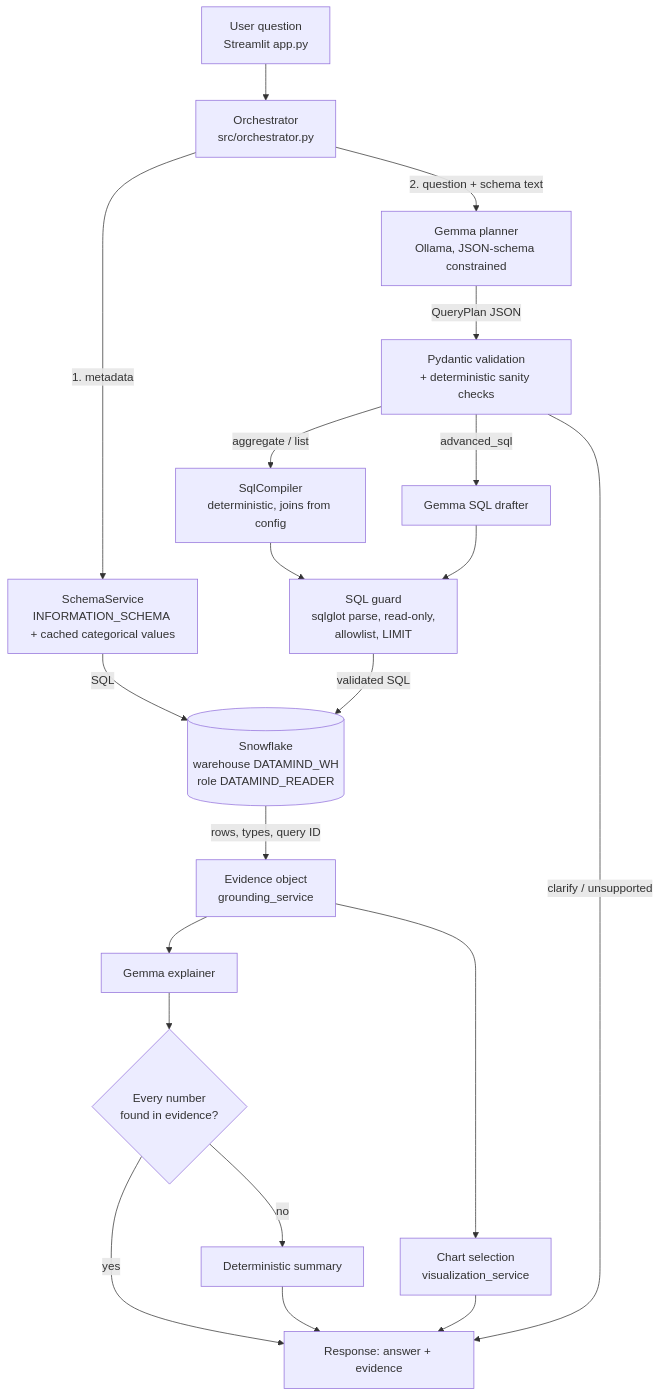
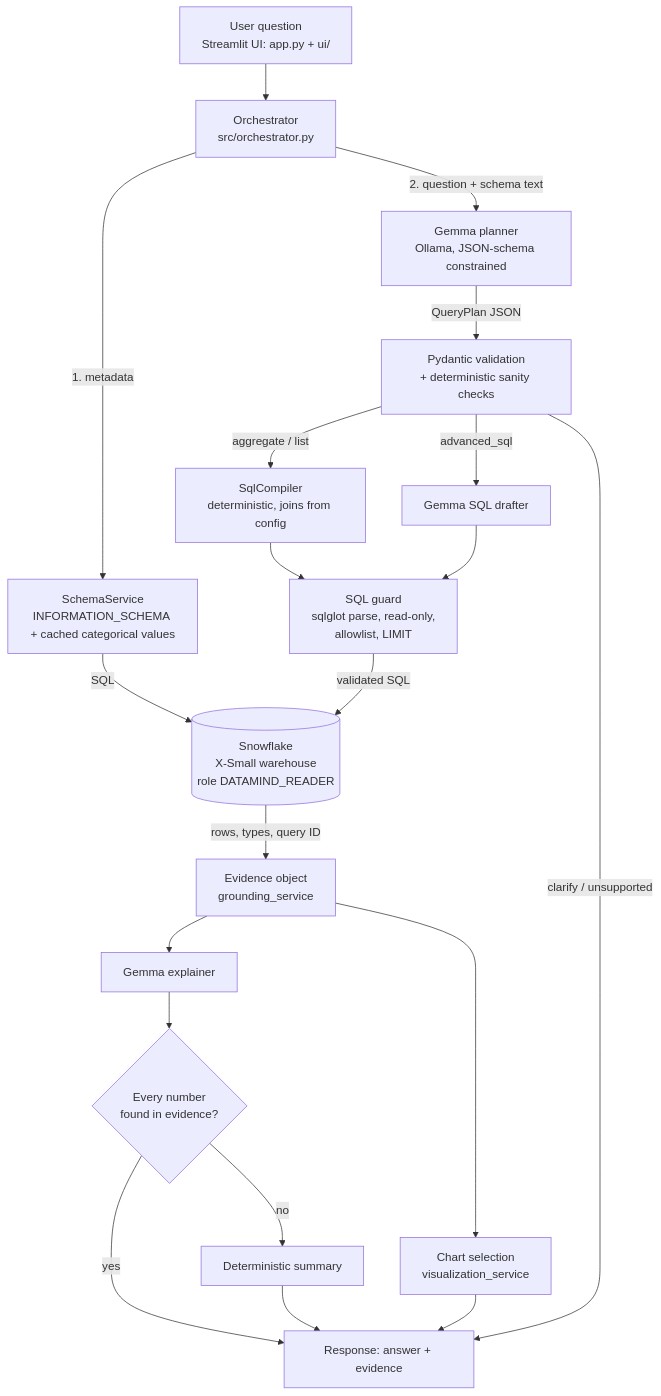
One commit to ZERODAY-2026/Ctrl-Z changed the diagram in docs/architecture.md. Above: the diagram before and after it, drawn with Mermaid. The commit also changed other lines of this file and 9 other files, not shown here.

````diff
--- a/docs/architecture.md
+++ b/docs/architecture.md
@@ -3,20 +3,20 @@
 ```mermaid
 flowchart TD
-    U[User question<br/>Streamlit app.py] --> O[Orchestrator<br/>src/orchestrator.py]
+    U[User question<br/>Streamlit UI: app.py + ui/] --> O[Orchestrator<br/>src/orchestrator.py]
     O -->|1. metadata| S[SchemaService<br/>INFORMATION_SCHEMA + cached categorical values]
-    S -->|SQL| SF[(Snowflake<br/>warehouse DATAMIND_WH<br/>role DATAMIND_READER)]
+    S -->|SQL| SF[(Snowflake<br/>X-Small warehouse<br/>role DATAMIND_READER)]
     O -->|2. question + schema text| G1[Gemma planner<br/>Ollama, JSON-schema constrained]
     G1 -->|QueryPlan JSON| V[Pydantic validation<br/>+ deterministic sanity checks]
     V -->|aggregate / list| C[SqlCompiler<br/>deterministic, joins from config]
     V -->|advanced_sql| G2[Gemma SQL drafter]
     V -->|clarify / unsupported| R
     C --> GU[SQL guard<br/>sqlglot parse, read-only,<br/>allowlist, LIMIT]
     G2 --> GU
     GU -->|validated SQL| SF
     SF -->|rows, types, query ID| E[Evidence object<br/>grounding_service]
     E --> G3[Gemma explainer]
     G3 --> N{Every number<br/>found in evidence?}
     N -->|yes| R[Response: answer + evidence]
     N -->|no| D[Deterministic summary] --> R
     E --> VZ[Chart selection<br/>visualization_service] --> R
 ```
````
